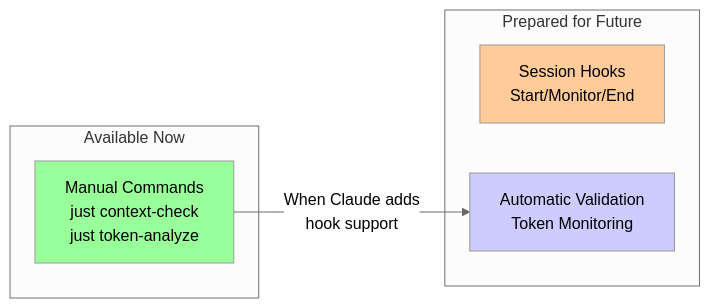
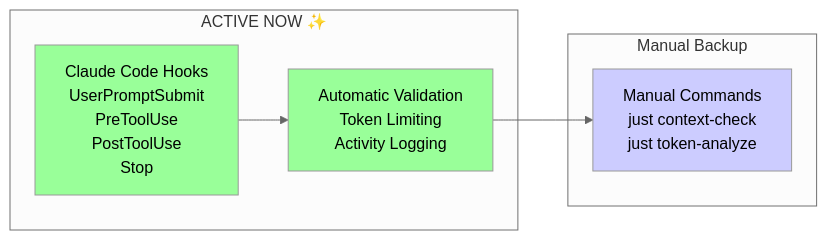
One commit to woodrowpearson/mids-hero-web changed the third of 3 diagrams in .claude/README.md. Above: the diagram before and after it, drawn with Mermaid (neutral theme). The commit also changed other lines of this file and 7 other files, not shown here.

````diff
--- a/.claude/README.md
+++ b/.claude/README.md
@@ -100,17 +100,18 @@
 ```mermaid
 graph LR
-    subgraph "Available Now"
+    subgraph "ACTIVE NOW ✨"
+        Hooks[Claude Code Hooks<br/>UserPromptSubmit<br/>PreToolUse<br/>PostToolUse<br/>Stop]
+        Auto[Automatic Validation<br/>Token Limiting<br/>Activity Logging]
+    end
+    
+    subgraph "Manual Backup"
         Manual[Manual Commands<br/>just context-check<br/>just token-analyze]
     end
     
-    subgraph "Prepared for Future"
-        Hooks[Session Hooks<br/>Start/Monitor/End]
-        Auto[Automatic Validation<br/>Token Monitoring]
-    end
+    Hooks --> Auto
+    Auto --> Manual
     
-    Manual -->|When Claude adds<br/>hook support| Auto
-    
-    style Manual fill:#99ff99
-    style Hooks fill:#ffcc99
-    style Auto fill:#ccccff
+    style Hooks fill:#99ff99
+    style Auto fill:#99ff99
+    style Manual fill:#ccccff
 ```
````
